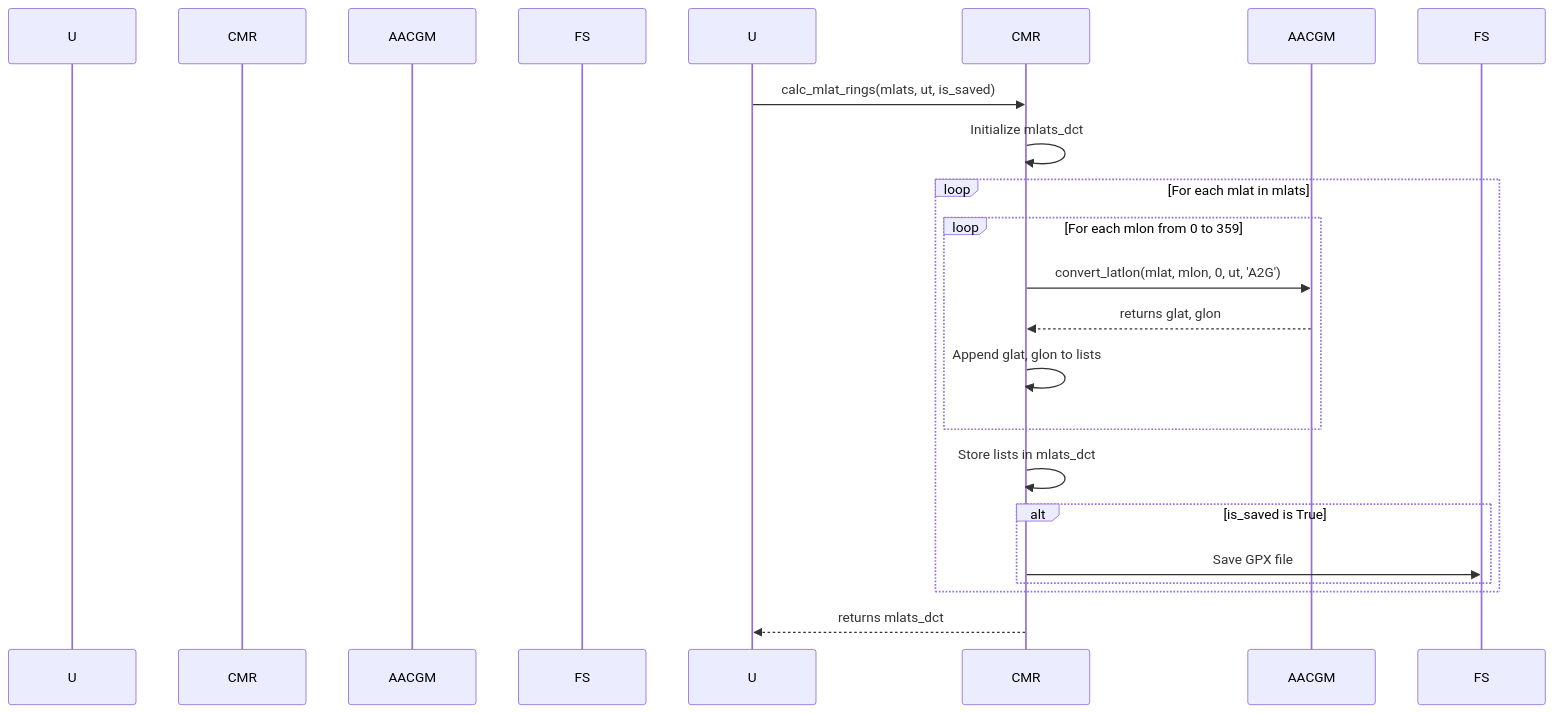
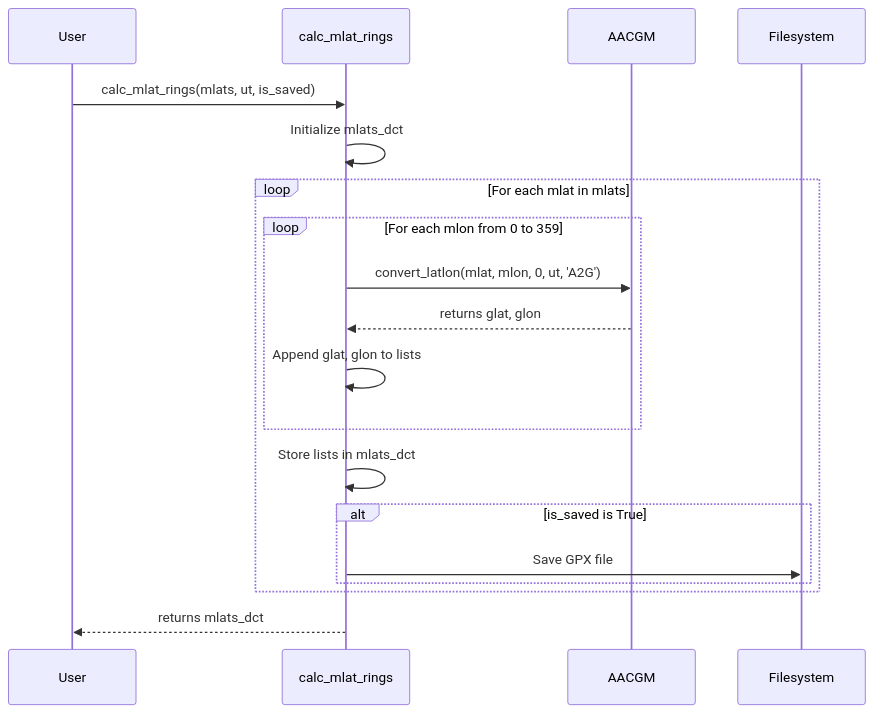
The fifth of 5 diagrams in docs/architecture.md (KCollins/conjugate_map), drawn with Mermaid before and after one commit.

````diff
--- a/docs/architecture.md
+++ b/docs/architecture.md
@@ -120,22 +120,18 @@
 ```mermaid
 sequenceDiagram
-    participant UserScript as U
-    participant calc_mlat_rings as CMR
-    participant AACGMv2 as AACGM
-    participant FileSystem as FS
 
-    U->>CMR: calc_mlat_rings(mlats, ut, is_saved)
-    CMR->>CMR: Initialize mlats_dct
+    User->>calc_mlat_rings: calc_mlat_rings(mlats, ut, is_saved)
+    calc_mlat_rings->>calc_mlat_rings: Initialize mlats_dct
     loop For each mlat in mlats
         loop For each mlon from 0 to 359
-            CMR->>AACGM: convert_latlon(mlat, mlon, 0, ut, 'A2G')
-            AACGM-->>CMR: returns glat, glon
-            CMR->>CMR: Append glat, glon to lists
+            calc_mlat_rings->>AACGM: convert_latlon(mlat, mlon, 0, ut, 'A2G')
+            AACGM-->>calc_mlat_rings: returns glat, glon
+            calc_mlat_rings->>calc_mlat_rings: Append glat, glon to lists
         end
-        CMR->>CMR: Store lists in mlats_dct
+        calc_mlat_rings->>calc_mlat_rings: Store lists in mlats_dct
         alt is_saved is True
-            CMR->>FS: Save GPX file
+            calc_mlat_rings->>Filesystem: Save GPX file
         end
     end
-    CMR-->>U: returns mlats_dct
+    calc_mlat_rings-->>User: returns mlats_dct
 ```
````
